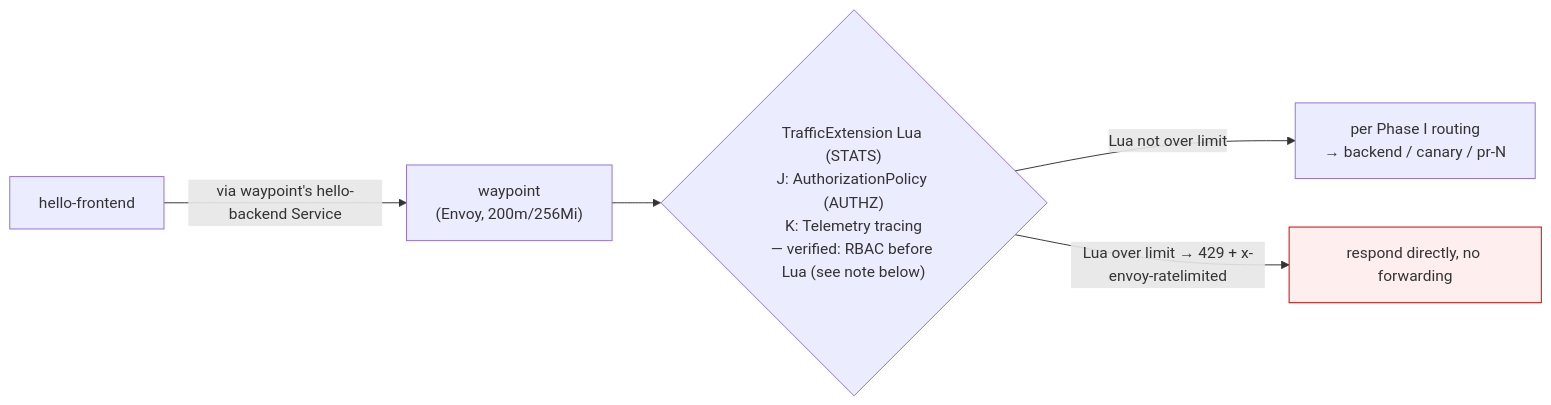
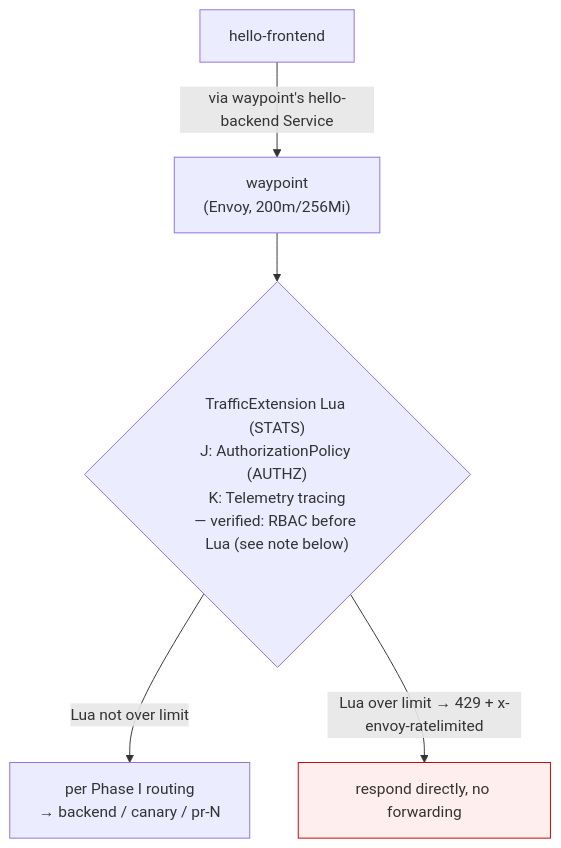
One commit to Jeromefromcn/docker-gitops changed the diagram in docs/superpowers/specs/2026-08-25-k3s-phase-l-ratelimit-design.md. Above: the diagram before and after it, drawn with Mermaid. The commit also changed 6 other files, not shown here.

````diff
--- a/docs/superpowers/specs/2026-08-25-k3s-phase-l-ratelimit-design.md
+++ b/docs/superpowers/specs/2026-08-25-k3s-phase-l-ratelimit-design.md
@@ -44,9 +44,9 @@
 ```mermaid
-flowchart LR
+flowchart TD
     fe["hello-frontend"] -->|"via waypoint's hello-backend Service"| waypoint["waypoint\n(Envoy, 200m/256Mi)"]
     waypoint --> filters{"TrafficExtension Lua (STATS)\nJ: AuthorizationPolicy (AUTHZ)\nK: Telemetry tracing\n— verified: RBAC before Lua (see note below)"}
     filters -->|"Lua not over limit"| route["per Phase I routing\n→ backend / canary / pr-N"]
     filters -->|"Lua over limit → 429 + x-envoy-ratelimited"| resp["respond directly, no forwarding"]
 
     style resp fill:#fee,stroke:#c00
 ```
````
